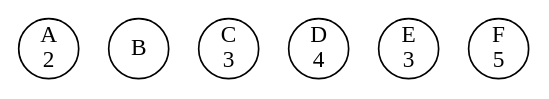
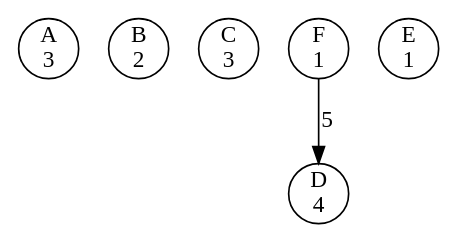
The diagram in concurrency-lab-2/bank/out/0000000007.gv (li23179/GO), drawn with Graphviz before and after one commit. The commit also changed 24 other files, not shown here.

```diff
--- a/concurrency-lab-2/bank/out/0000000007.gv
+++ b/concurrency-lab-2/bank/out/0000000007.gv
@@ -1,8 +1,9 @@
 digraph bank {
-	 0 [label= "A\n2" , pos= "1,0!" , shape=circle, fixedsize=true, width=0.5 ]
-	 1 [label= "B\n" , pos= "0,1!" , shape=circle, fixedsize=true, width=0.5 ]
+	 0 [label= "A\n3" , pos= "1,0!" , shape=circle, fixedsize=true, width=0.5 ]
+	 1 [label= "B\n2" , pos= "0,1!" , shape=circle, fixedsize=true, width=0.5 ]
 	 2 [label= "C\n3" , pos= "1,2!" , shape=circle, fixedsize=true, width=0.5 ]
 	 3 [label= "D\n4" , pos= "2,2!" , shape=circle, fixedsize=true, width=0.5 ]
-	 4 [label= "E\n3" , pos= "3,1!" , shape=circle, fixedsize=true, width=0.5 ]
-	 5 [label= "F\n5" , pos= "2,0!" , shape=circle, fixedsize=true, width=0.5 ]
+	 4 [label= "E\n1" , pos= "3,1!" , shape=circle, fixedsize=true, width=0.5 ]
+	 5 [label= "F\n1" , pos= "2,0!" , shape=circle, fixedsize=true, width=0.5 ]
+	 "5" -> "3" [label= "5" ]
 }
```
